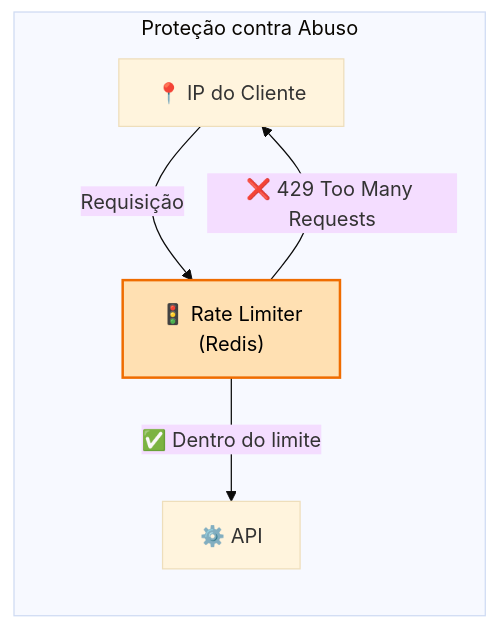
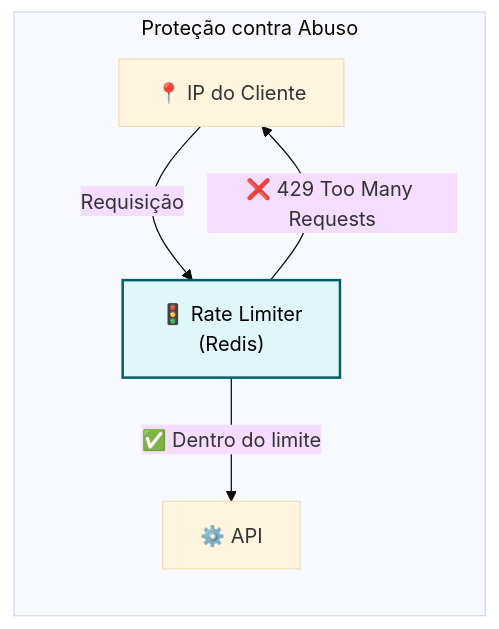
The sixth of 10 diagrams in docs/05-escalabilidade.md (gabrigabs/public-polls-app), drawn with Mermaid (base theme) before and after one commit. The commit also changed other lines of this file and 3 other files, not shown here.

Commit message:
docs: fix diagram colors for better dark mode visibility (cyan/white high contrast)

````diff
--- a/docs/05-escalabilidade.md
+++ b/docs/05-escalabilidade.md
@@ -207,15 +207,15 @@
 ```mermaid
 graph LR
     subgraph "Proteção contra Abuso"
         IP["📍 IP do Cliente"]
         RL["🚦 Rate Limiter<br/>(Redis)"]
         API["⚙️ API"]
     end
 
     IP -->|"Requisição"| RL
     RL -->|"✅ Dentro do limite"| API
     RL -->|"❌ 429 Too Many Requests"| IP
 
-    classDef rl fill:#ffe0b2,stroke:#ef6c00,color:#000,stroke-width:2px;
+    classDef rl fill:#e0f7fa,stroke:#006064,color:#000,stroke-width:2px;
     class RL rl;
 ```
````
